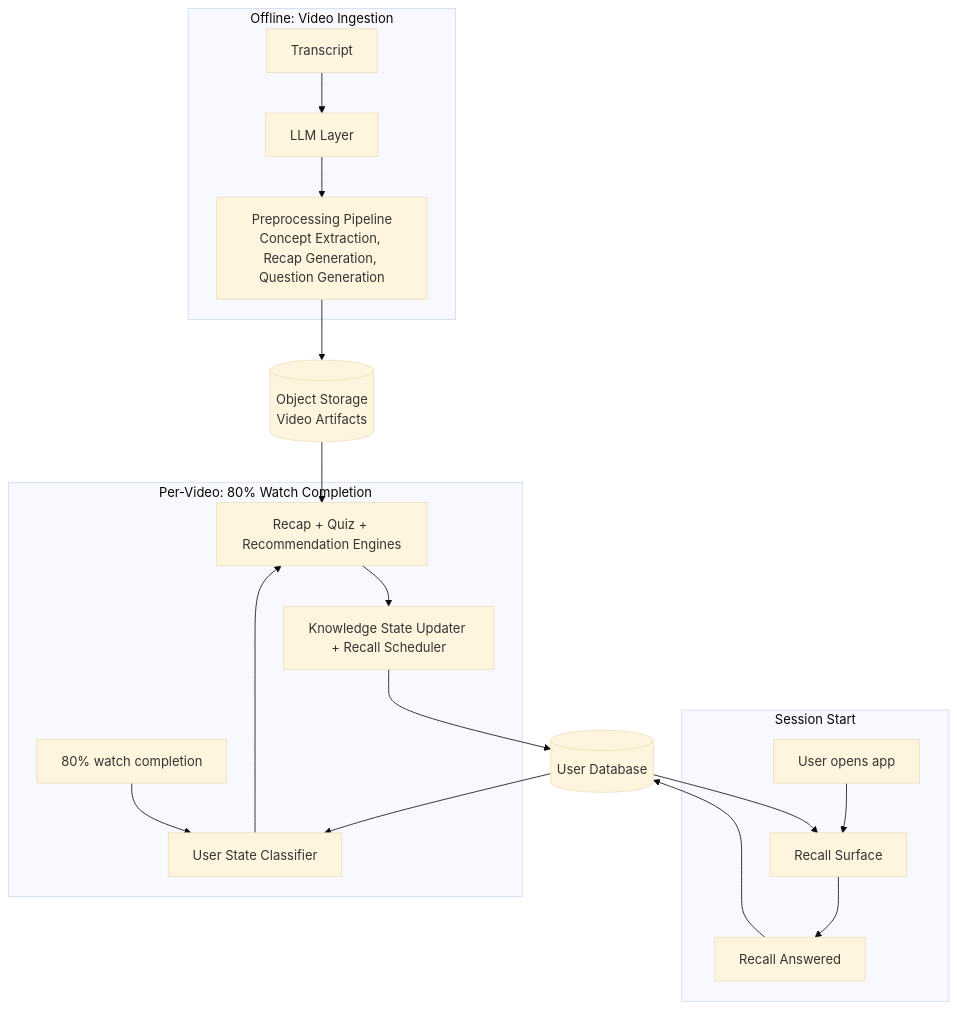
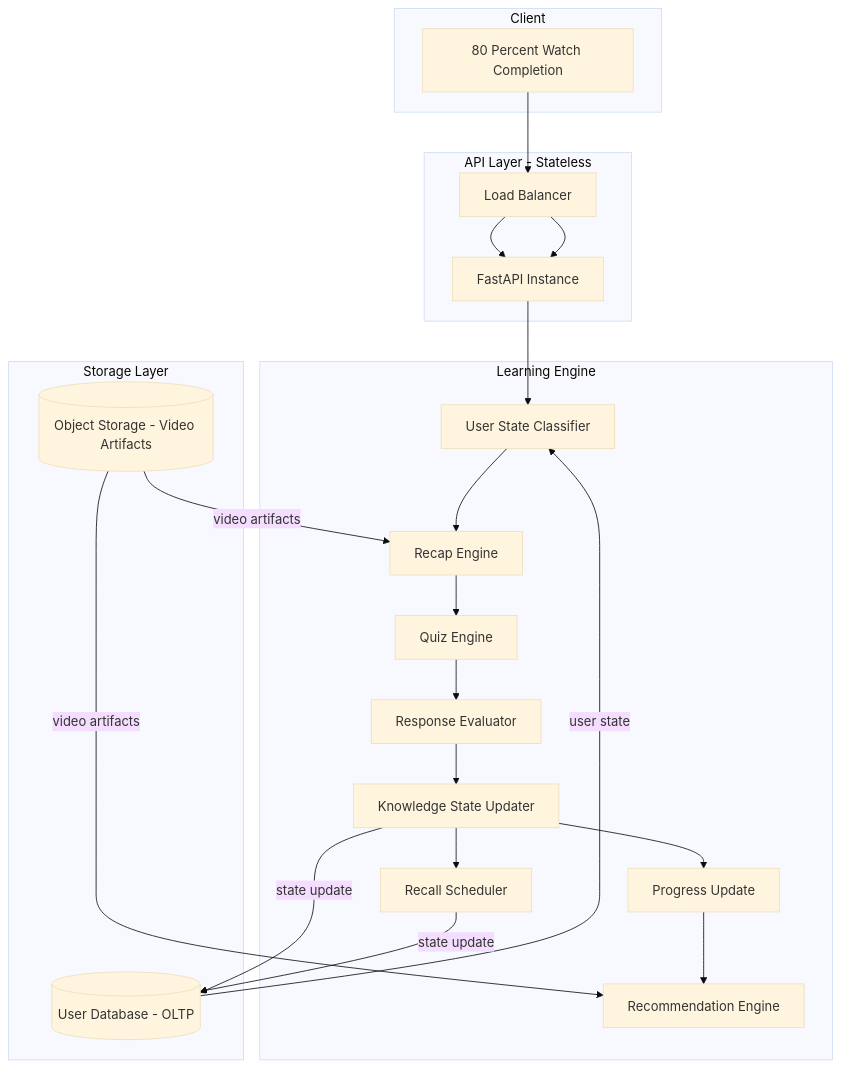
Before and after one commit to kirubanath/Saathi: the second of 3 diagrams in documentation/07-architecture.md, drawn with Mermaid (base theme). The commit also changed other lines of this file and 3 other files, not shown here.

````diff
--- a/documentation/07-architecture.md
+++ b/documentation/07-architecture.md
@@ -11,28 +42,44 @@
 ```mermaid
 flowchart TD
-    ART[("Object Storage\nVideo Artifacts")]
-    UD[("User Database")]
-
-    subgraph Offline["Offline: Video Ingestion"]
-        TR["Transcript"] --> LLC["LLM Layer"]
-        LLC --> PRE["Preprocessing Pipeline\nConcept Extraction, Recap Generation, Question Generation"]
+    subgraph LLClient["Client"]
+        W80["80 Percent Watch Completion"]
     end
 
-    subgraph SessionStart["Session Start"]
-        OPEN["User opens app"] --> SURF["Recall Surface"]
-        SURF --> RA["Recall Answered"]
+    subgraph LLApi["API Layer - Stateless"]
+        LB["Load Balancer"]
+        FA["FastAPI Instance"]
+        LB --> FA
     end
 
-    subgraph PerVideo["Per-Video: 80% Watch Completion"]
-        W80["80% watch completion"] --> USC["User State Classifier"]
-        USC --> ENG["Recap + Quiz + Recommendation Engines"]
-        ENG --> KSU["Knowledge State Updater + Recall Scheduler"]
+    subgraph LLEngine["Learning Engine"]
+        USC["User State Classifier"]
+        RE["Recap Engine"]
+        QE["Quiz Engine"]
+        EVAL["Response Evaluator"]
+        KSU["Knowledge State Updater"]
+        PU["Progress Update"]
+        REC["Recommendation Engine"]
+        RS["Recall Scheduler"]
+        USC --> RE
+        RE --> QE
+        QE --> EVAL
+        EVAL --> KSU
+        KSU --> PU
+        PU --> REC
+        KSU --> RS
     end
 
-    PRE --> ART
-    ART --> ENG
-    UD --> SURF
-    RA --> UD
-    UD --> USC
-    KSU --> UD
+    subgraph LLStorage["Storage Layer"]
+        OBJ[("Object Storage - Video Artifacts")]
+        UDB[("User Database - OLTP")]
+    end
+
+    W80 --> LB
+    LB --> FA
+    FA --> USC
+    UDB -->|user state| USC
+    OBJ -->|video artifacts| RE
+    OBJ -->|video artifacts| REC
+    KSU -->|state update| UDB
+    RS -->|state update| UDB
 ```
````
